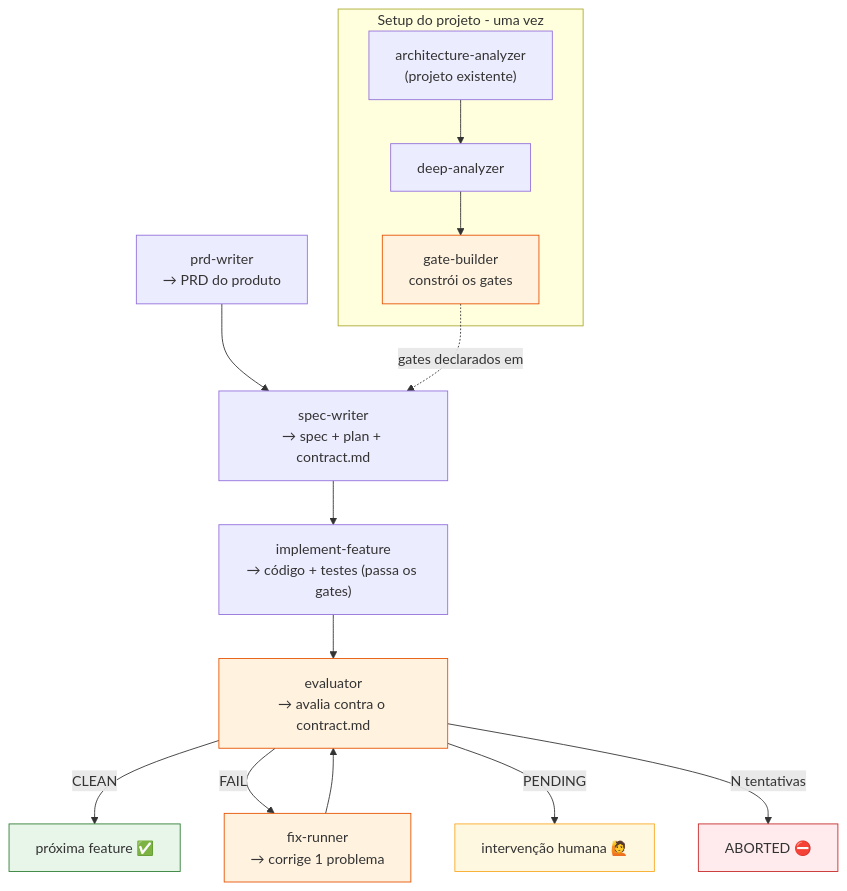
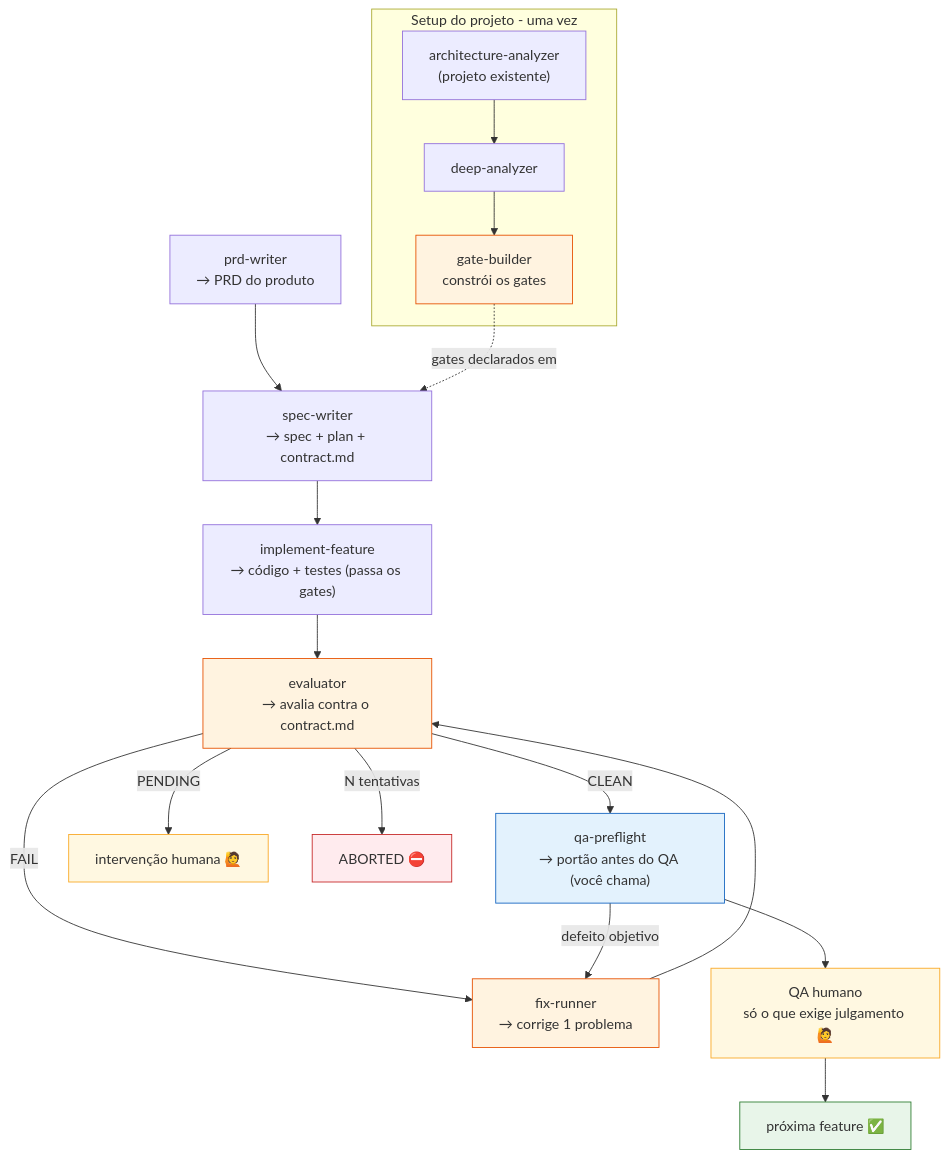
One commit to dayvisonassis/sdd-skills changed the first of 5 diagrams in docs/GUIA_DO_WORKFLOW.md. Above: the diagram before and after it, drawn with Mermaid. The commit also changed other lines of this file and 1 other file, not shown here.

First line of the commit message:
Docs: place qa-preflight in the package index and the workflow guide

````diff
--- a/docs/GUIA_DO_WORKFLOW.md
+++ b/docs/GUIA_DO_WORKFLOW.md
@@ -12,26 +12,32 @@
 ```mermaid
 flowchart TD
     subgraph setup [Setup do projeto - uma vez]
         AA["architecture-analyzer<br/>(projeto existente)"] --> DA["deep-analyzer"]
         DA --> GB["gate-builder<br/>constrói os gates"]
     end
 
     PRD["prd-writer<br/>→ PRD do produto"] --> SW["spec-writer<br/>→ spec + plan + contract.md"]
     SW --> IF["implement-feature<br/>→ código + testes (passa os gates)"]
     IF --> EV["evaluator<br/>→ avalia contra o contract.md"]
 
-    EV -->|CLEAN| NEXT["próxima feature ✅"]
+    EV -->|CLEAN| QP["qa-preflight<br/>→ portão antes do QA (você chama)"]
     EV -->|FAIL| FR["fix-runner<br/>→ corrige 1 problema"]
     FR --> EV
     EV -->|PENDING| HUM["intervenção humana 🙋"]
     EV -->|"N tentativas"| ABT["ABORTED ⛔"]
+
+    QP -->|"defeito objetivo"| FR
+    QP --> QA["QA humano<br/>só o que exige julgamento 🙋"]
+    QA --> NEXT["próxima feature ✅"]
 
     GB -.gates declarados em.-> SW
 
     style GB fill:#fff3e0,stroke:#e65100
     style EV fill:#fff3e0,stroke:#e65100
     style FR fill:#fff3e0,stroke:#e65100
+    style QP fill:#e3f2fd,stroke:#1565c0
+    style QA fill:#fff8e1,stroke:#f9a825
     style NEXT fill:#e8f5e9,stroke:#2e7d32
     style ABT fill:#ffebee,stroke:#c62828
     style HUM fill:#fff8e1,stroke:#f9a825
 ```
````
